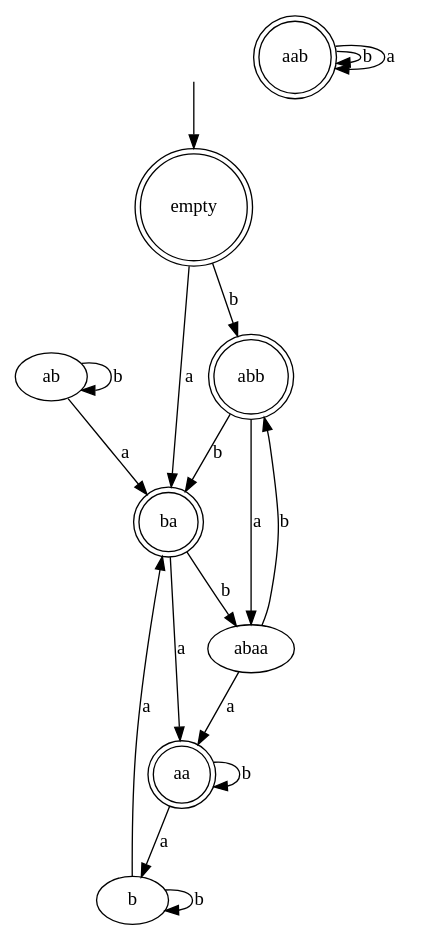
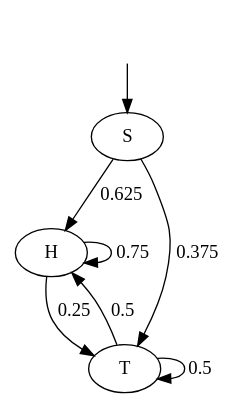
Before and after one commit to pepe5p/grammar-induction: the diagram in data/learned_dfa.dot, drawn with Graphviz. The commit also changed 22 other files, not shown here.

```diff
--- a/data/learned_dfa.dot
+++ b/data/learned_dfa.dot
@@ -1,28 +1,13 @@
 digraph learned_dfa {
-empty [label="empty", shape=doublecircle];
-aab [label="aab", shape=doublecircle];
-abb [label="abb", shape=doublecircle];
-aa [label="aa", shape=doublecircle];
-b [label="b"];
-ba [label="ba", shape=doublecircle];
-ab [label="ab"];
-abaa [label="abaa"];
-empty -> ba [label="a"];
-empty -> abb [label="b"];
-aab -> aab [label="b"];
-aab -> aab [label="a"];
-abb -> ba [label="b"];
-abb -> abaa [label="a"];
-aa -> aa [label="b"];
-aa -> b [label="a"];
-b -> ba [label="a"];
-b -> b [label="b"];
-ba -> aa [label="a"];
-ba -> abaa [label="b"];
-ab -> ba [label="a"];
-ab -> ab [label="b"];
-abaa -> aa [label="a"];
-abaa -> abb [label="b"];
+q0 [label="S"];
+q1 [label="H"];
+q2 [label="T"];
+q0 -> q1 [label=0.625];
+q0 -> q2 [label=0.375];
+q1 -> q1 [label=0.75];
+q1 -> q2 [label=0.25];
+q2 -> q1 [label=0.5];
+q2 -> q2 [label=0.5];
 __start0 [shape=none, label=""];
-__start0 -> empty [label=""];
+__start0 -> q0 [label=""];
 }
```
